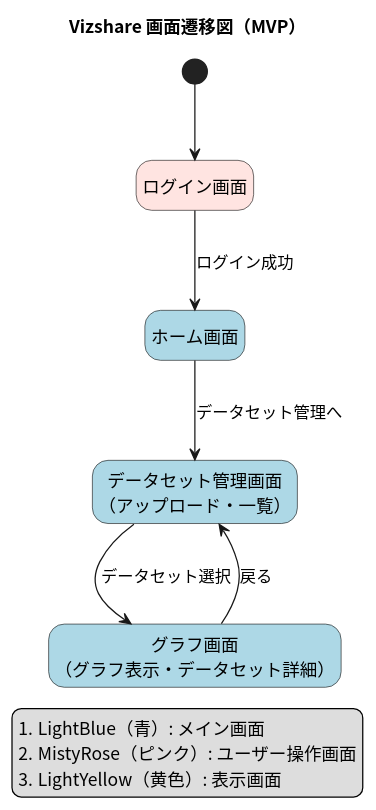
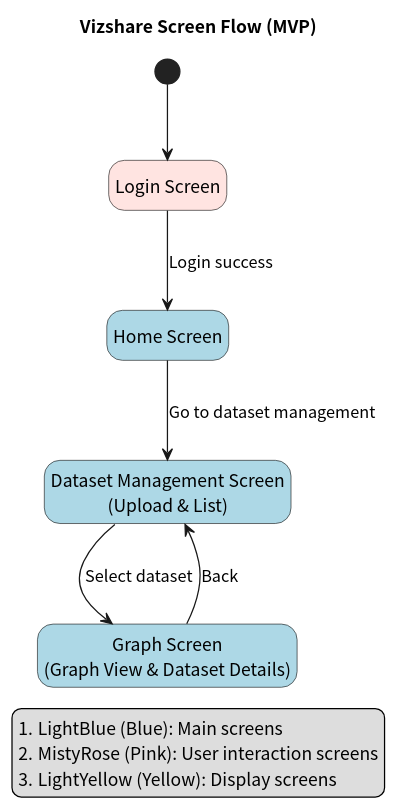
Before and after one commit to tomoki-shiozaki/vizshare: the diagram in docs/screen_flow/screen_flow_diagram.pu, drawn with PlantUML.

Commit message:
docs(screen flow): add screen flow diagram

```diff
--- a/docs/screen_flow/screen_flow_diagram.pu
+++ b/docs/screen_flow/screen_flow_diagram.pu
@@ -1,36 +1,36 @@
 @startuml screen_flow_vizshare
 skinparam defaultFontName "Noto Sans CJK JP"
 hide empty description
 
-title Vizshare 画面遷移図（MVP）
+title Vizshare Screen Flow (MVP)
 
 legend left
-#LightBlue（青）: メイン画面
-#MistyRose（ピンク）: ユーザー操作画面
-#LightYellow（黄色）: 表示画面
+#LightBlue (Blue): Main screens
+#MistyRose (Pink): User interaction screens
+#LightYellow (Yellow): Display screens
 end legend
 
 [*] --> login
 
-state "ログイン画面" as login <<操作>>
-state "ホーム画面" as home #LightBlue
-state "データセット管理画面\n（アップロード・一覧）" as datasetManagement #LightBlue
-state "グラフ画面\n（グラフ表示・データセット詳細）" as graphView #LightBlue
+state "Login Screen" as login <<UserAction>>
+state "Home Screen" as home #LightBlue
+state "Dataset Management Screen\n(Upload & List)" as datasetManagement #LightBlue
+state "Graph Screen\n(Graph View & Dataset Details)" as graphView #LightBlue
 
-login --> home : ログイン成功
+login --> home : Login success
 
-' ホームからの遷移
-home --> datasetManagement : データセット管理へ
+' Navigation from home
+home --> datasetManagement : Go to dataset management
 
-' データセット管理から
-datasetManagement --> graphView : データセット選択
+' From dataset management
+datasetManagement --> graphView : Select dataset
 
-' 戻る導線（あるなら）
-graphView --> datasetManagement : 戻る
+' Back navigation (if implemented)
+graphView --> datasetManagement : Back
 
 skinparam state {
-  BackgroundColor<<操作>> MistyRose
-  BackgroundColor<<表示>> LightYellow
+  BackgroundColor<<UserAction>> MistyRose
+  BackgroundColor<<Display>> LightYellow
 }
 
 @enduml
```
